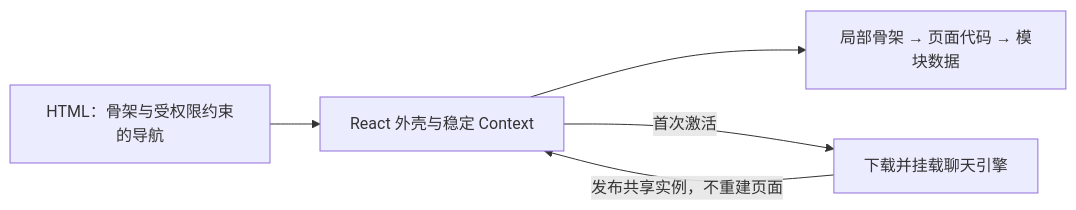
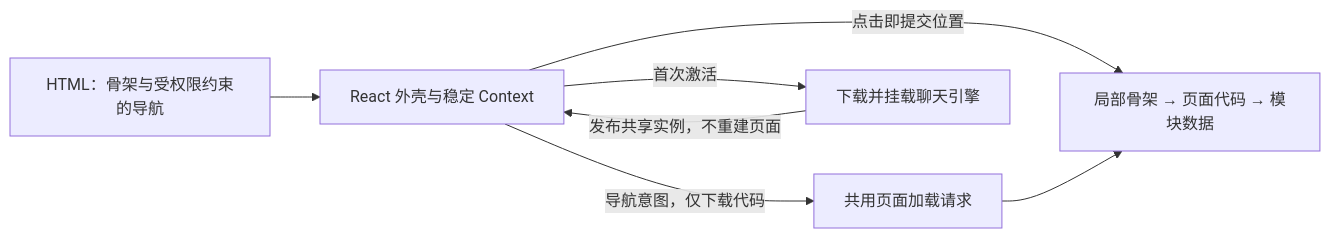
The ninth of 17 diagrams in docs/ai-coding-architecture.md (exception-coder/kai-toolbox), drawn with Mermaid before and after one commit. The commit also changed other lines of this file and 64 other files, not shown here.

First line of the commit message:
perf(shell): 菜单点击立即切换并按意图预加载页面

````diff
--- a/docs/ai-coding-architecture.md
+++ b/docs/ai-coding-architecture.md
@@ -381,7 +383,9 @@
 ```mermaid
 flowchart LR
     HTML["HTML：骨架与受权限约束的导航"] --> SHELL["React 外壳与稳定 Context"]
-    SHELL --> PAGE["局部骨架 → 页面代码 → 模块数据"]
+    SHELL -->|点击即提交位置| PAGE["局部骨架 → 页面代码 → 模块数据"]
+    SHELL -->|导航意图，仅下载代码| PRELOAD["共用页面加载请求"]
+    PRELOAD --> PAGE
     SHELL -->|首次激活| ENGINE["下载并挂载聊天引擎"]
     ENGINE -->|发布共享实例，不重建页面| SHELL
 ```
````
